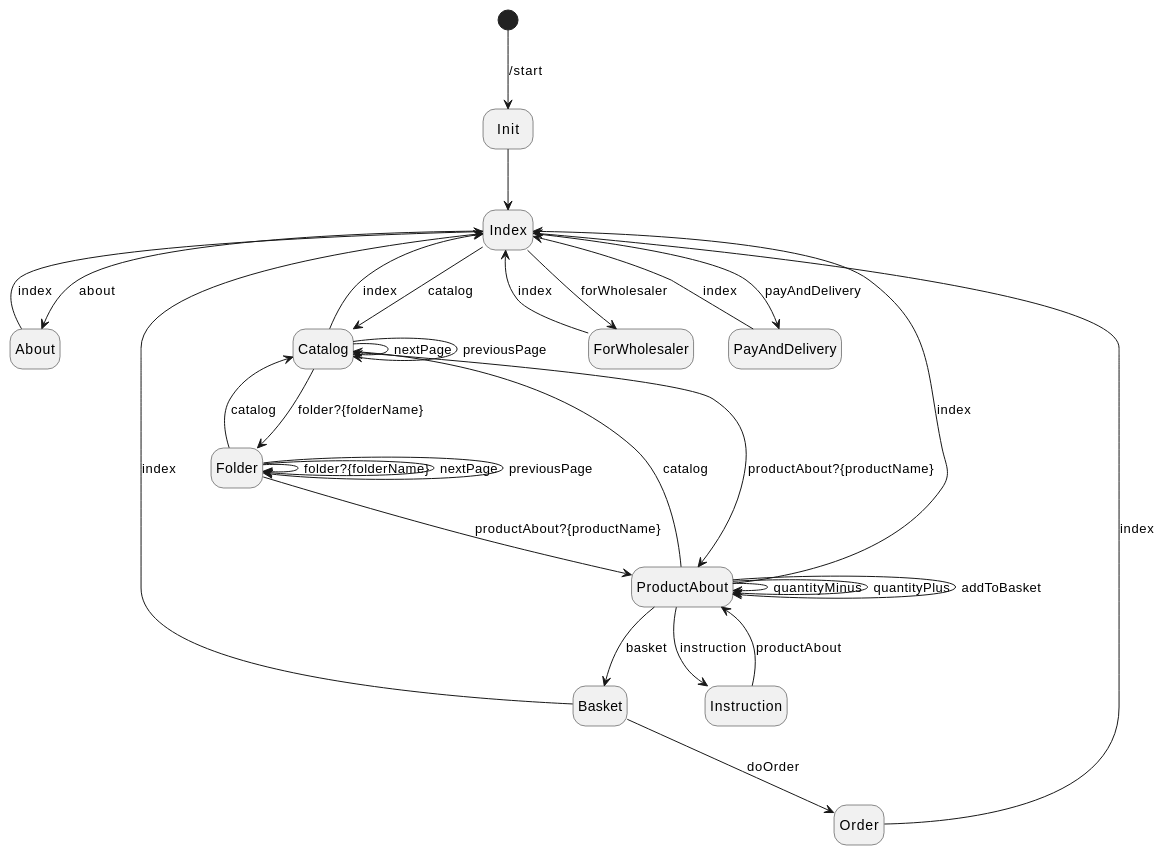
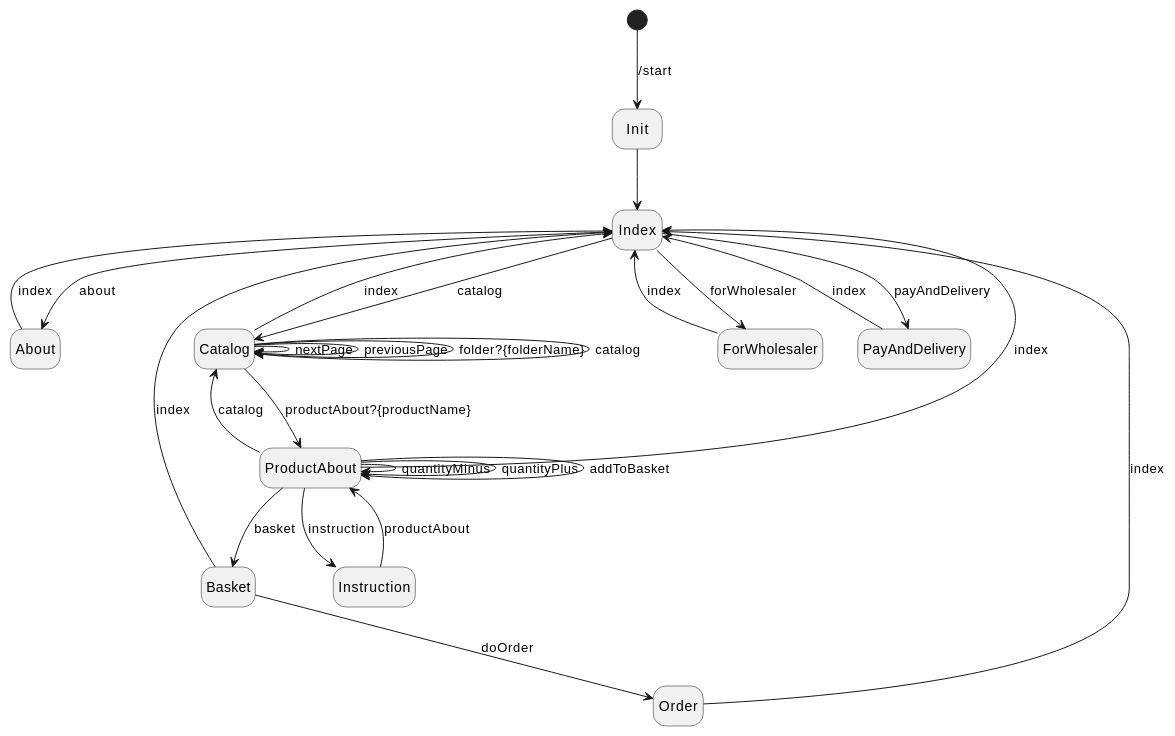
One commit to ViktorShchukin/shopbot changed the diagram in doc/botFsmDiagram.md. Above: the diagram before and after it, drawn with PlantUML. The commit also changed 13 other files, not shown here.

````diff
--- a/doc/botFsmDiagram.md
+++ b/doc/botFsmDiagram.md
@@ -2,57 +2,52 @@
 ```plantuml
 hide empty description
 
 state entrypoint <<start>>
 
 state About
 state Basket
 state Catalog
 state Index
 state Init
 state Order
 state ProductAbout
-state Folder
 state ForWholesaler
 state PayAndDelivery
 state Instruction
     
 entrypoint --> Init : /start
 Init --> Index
 
 Index --> About : about
 Index --> Catalog : catalog
 Index --> ForWholesaler : forWholesaler
 Index --> PayAndDelivery : payAndDelivery
 
 ForWholesaler --> Index : index
 About --> Index : index
 PayAndDelivery --> Index : index
 
 Catalog --> Index : index
 Catalog --> ProductAbout : productAbout?{productName}
-Catalog --> Folder : folder?{folderName}
 Catalog --> Catalog : nextPage
 Catalog --> Catalog : previousPage
-
-''it is not well thought out thing. Can be really changed in the future
-Folder --> Catalog : catalog
-Folder --> Folder : folder?{folderName}
-Folder --> ProductAbout : productAbout?{productName}
-Folder --> Folder : nextPage
-Folder --> Folder : previousPage
+'' get into the specific folder 
+Catalog --> Catalog : folder?{folderName}
+'' go to the root of the catalog
+Catalog --> Catalog : catalog
 
 ProductAbout --> ProductAbout : quantityMinus
 ProductAbout --> ProductAbout : quantityPlus
 ProductAbout --> ProductAbout : addToBasket
 ProductAbout --> Basket : basket
 ProductAbout --> Index : index
 ProductAbout --> Catalog : catalog
 ProductAbout --> Instruction : instruction
 
 Instruction --> ProductAbout : productAbout
 
 Basket --> Index : index
 Basket --> Order : doOrder
 
 Order --> Index : index
 ```
````
